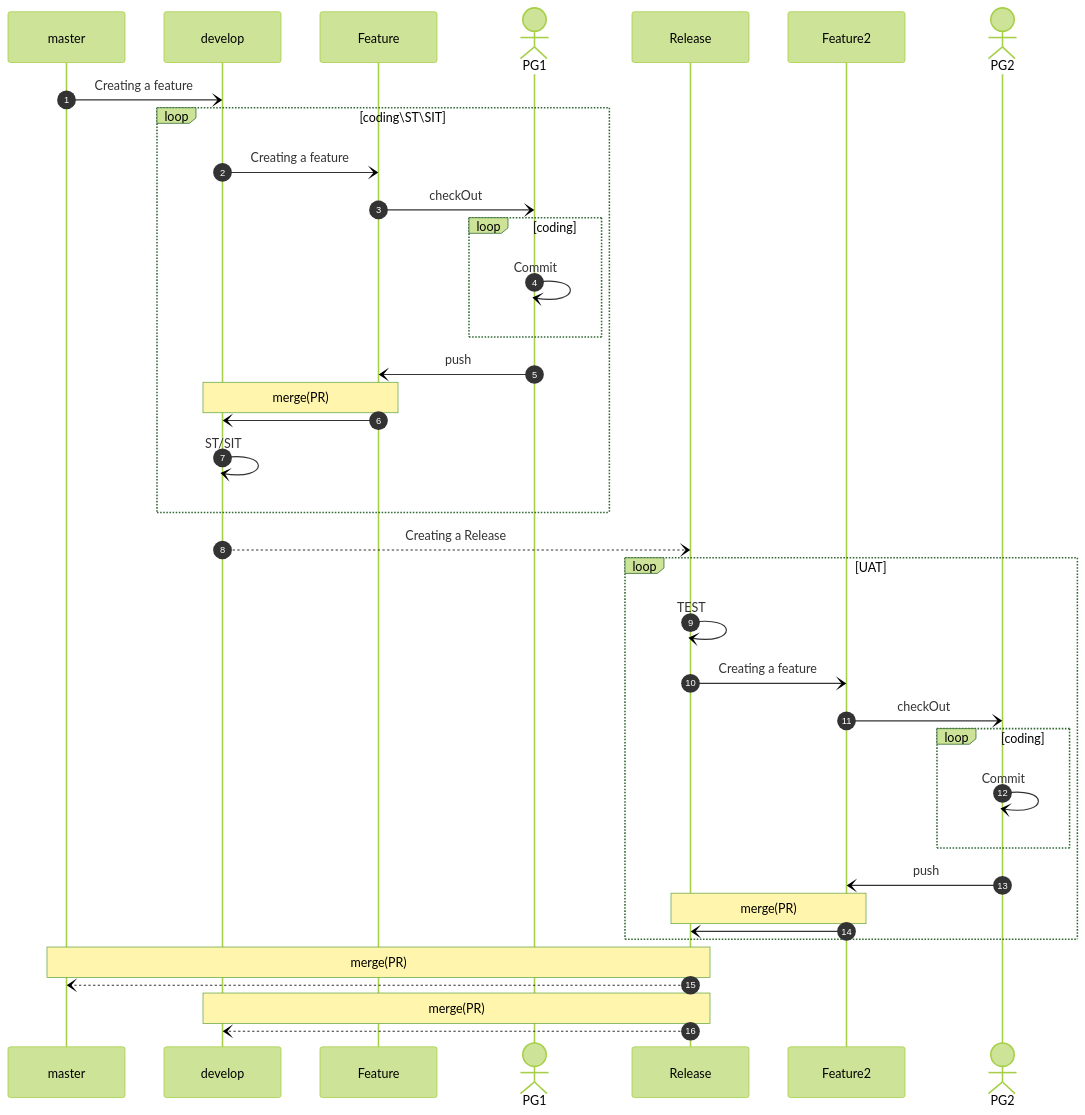
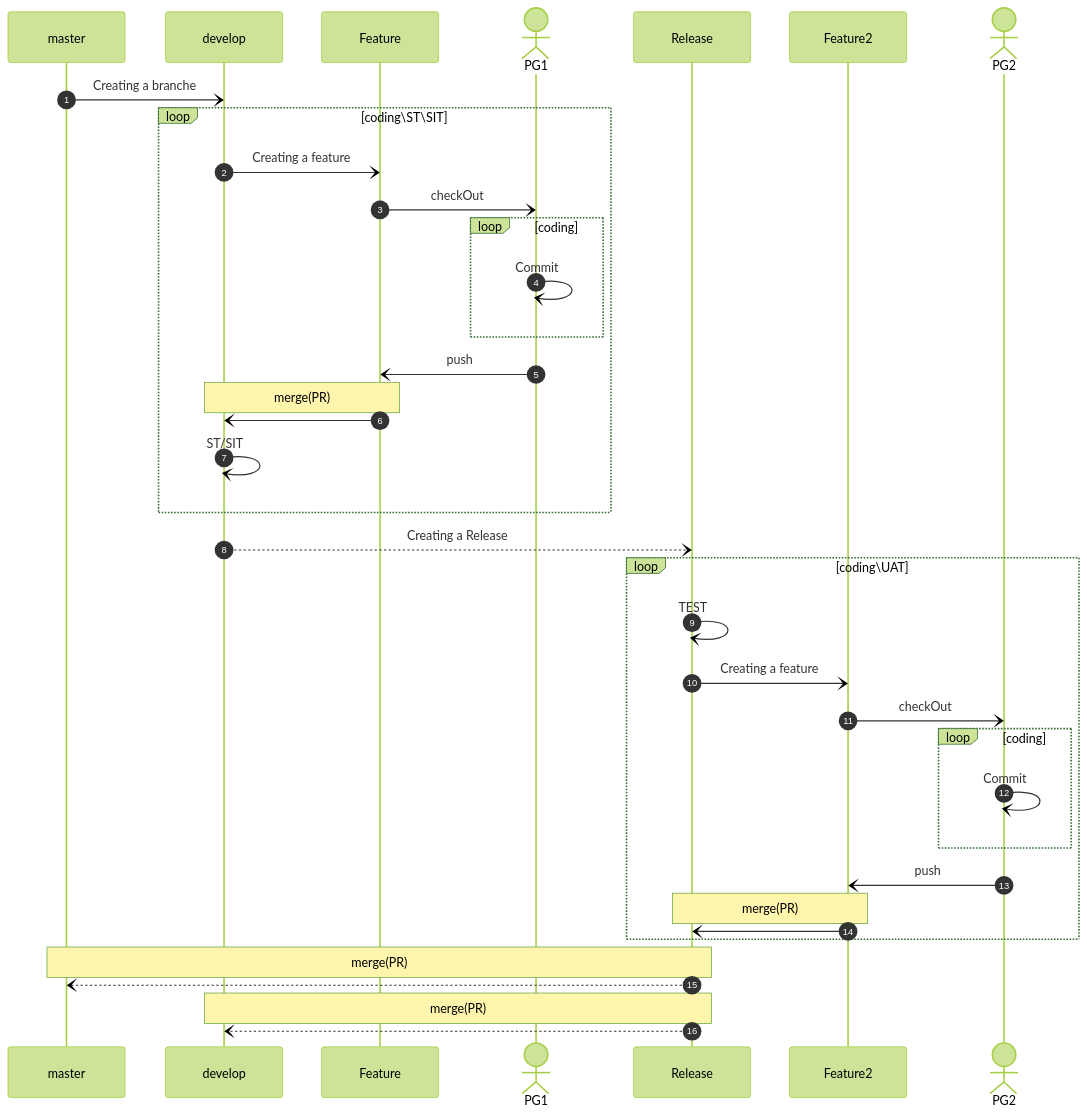
One commit to robbin0919/GITLAB changed the diagram in branching-strategy/A_successful_Git_branching_model.md. Above: the diagram before and after it, drawn with Mermaid (forest theme).

Commit message:
修正Master --develop 錯誤

````diff
--- a/branching-strategy/A_successful_Git_branching_model.md
+++ b/branching-strategy/A_successful_Git_branching_model.md
@@ -9,42 +9,42 @@
 ```mermaid
 
  sequenceDiagram
     autonumber
     participant  master
     participant  develop
     participant  Feature
     actor PG1
     participant  Release
     participant  Feature2
     actor PG2
 
-    master -) develop:Creating a feature
-     loop coding\ST\SIT
+    master -) develop:Creating a branche
+    loop coding\ST\SIT
     develop -)Feature: Creating a feature  
     Feature -)PG1: checkOut
     loop coding
     PG1 -)PG1: Commit
     end
     PG1 -) Feature:push 
     Note over develop,Feature:merge(PR)     
     Feature -)develop:  
     develop-)develop: ST/SIT  
     end     
     develop--)Release: Creating a Release
-   loop UAT 
+   loop coding\UAT 
     Release -)Release: TEST
     Release -)Feature2: Creating a feature  
     Feature2 -)PG2: checkOut
     loop coding
     PG2 -)PG2: Commit
     end
     PG2 -) Feature2:push 
     Note over Release,Feature2:merge(PR) 
     Feature2 -) Release: 
     end
     Note over Release,master:merge(PR) 
     Release --)master: 
     Note over Release,develop:merge(PR) 
     Release --)develop : 
 
 ``` 
````
